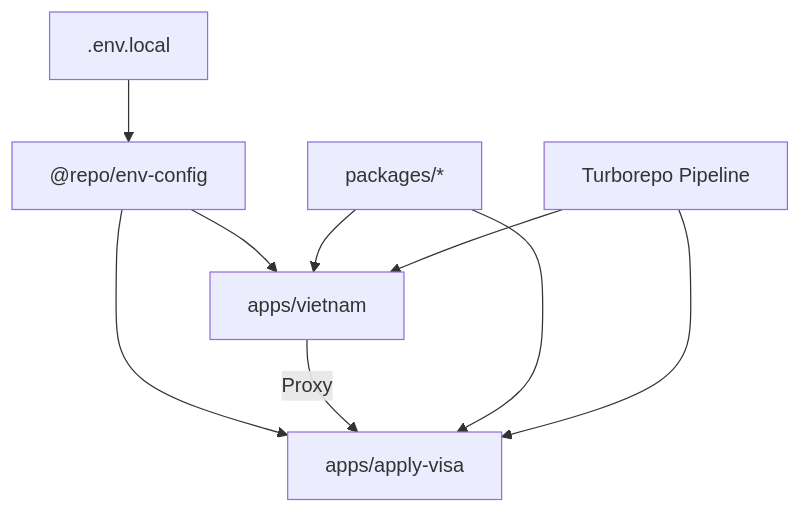
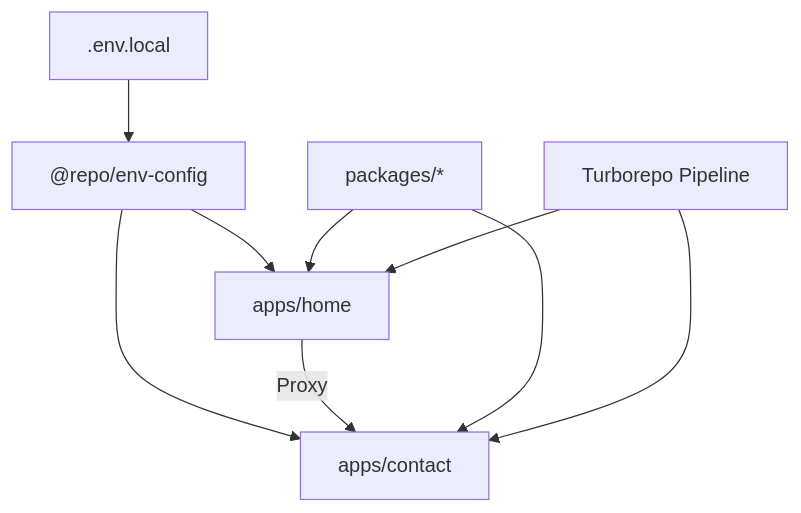
Before and after one commit to khoidh24/rightowl: the diagram in README.md, drawn with Mermaid. The commit also changed other lines of this file and 1 other file, not shown here.

````diff
--- a/README.md
+++ b/README.md
@@ -138,14 +138,14 @@
 ```mermaid
 flowchart TD
     RootEnv[".env.local"] --> EnvConfig["@repo/env-config"]
-    EnvConfig --> VietnamApp["apps/vietnam"]
-    EnvConfig --> ApplyVisaApp["apps/apply-visa"]
+    EnvConfig --> HomeApp["apps/home"]
+    EnvConfig --> ContactApp["apps/contact"]
 
-    VietnamApp -->|Proxy| ApplyVisaApp
+    HomeApp -->|Proxy| ContactApp
 
-    Packages["packages/*"] --> VietnamApp
-    Packages --> ApplyVisaApp
+    Packages["packages/*"] --> HomeApp
+    Packages --> ContactApp
 
-    Turbo["Turborepo Pipeline"] --> VietnamApp
-    Turbo --> ApplyVisaApp
+    Turbo["Turborepo Pipeline"] --> HomeApp
+    Turbo --> ContactApp
 ```
````
